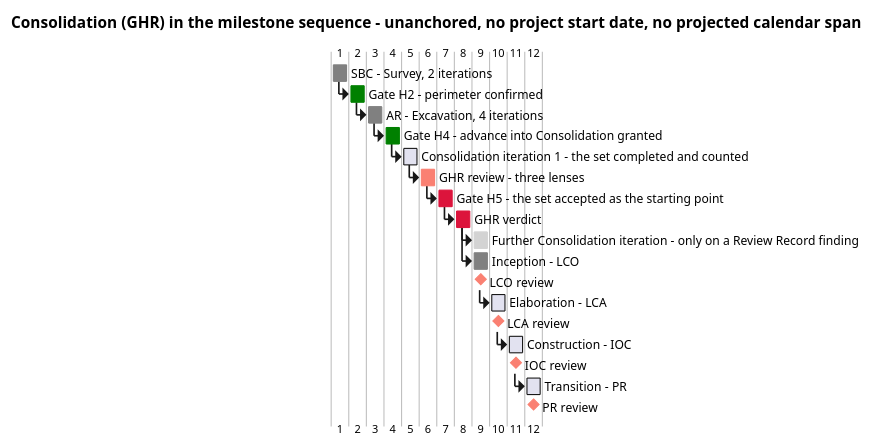
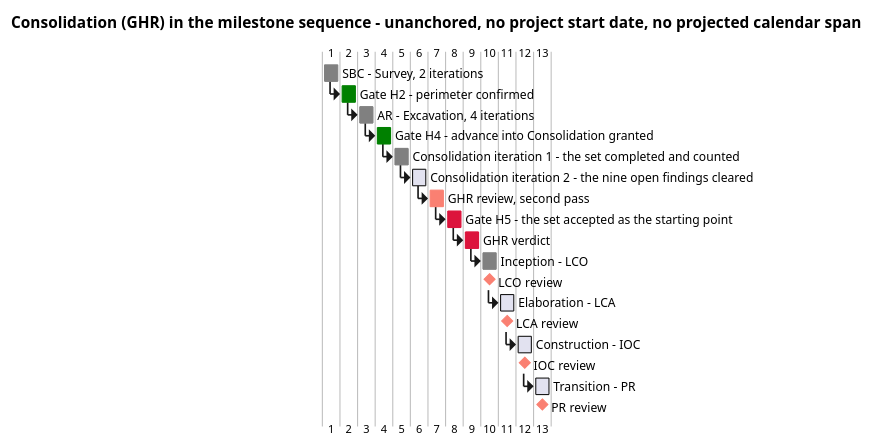
One commit to banense-test/TodoApp changed the second of 6 diagrams in docs/artifacts/project-management/iteration-plan.md. Above: the diagram before and after it, drawn with PlantUML. The commit also changed other lines of this file, not shown here.

First line of the commit message:
Project Manager [Consolidation2]: upsert Iteration Plan

````diff
--- a/docs/artifacts/project-management/iteration-plan.md
+++ b/docs/artifacts/project-management/iteration-plan.md
@@ -65,48 +65,48 @@
 ```plantuml
 @startgantt
 title Consolidation (GHR) in the milestone sequence - unanchored, no project start date, no projected calendar span
 
 [SBC - Survey, 2 iterations] lasts 1 day
 [SBC - Survey, 2 iterations] is colored in Gray
 [Gate H2 - perimeter confirmed] lasts 1 day
 [Gate H2 - perimeter confirmed] starts at [SBC - Survey, 2 iterations]'s end
 [Gate H2 - perimeter confirmed] is colored in Green
 [AR - Excavation, 4 iterations] lasts 1 day
 [AR - Excavation, 4 iterations] starts at [Gate H2 - perimeter confirmed]'s end
 [AR - Excavation, 4 iterations] is colored in Gray
 [Gate H4 - advance into Consolidation granted] lasts 1 day
 [Gate H4 - advance into Consolidation granted] starts at [AR - Excavation, 4 iterations]'s end
 [Gate H4 - advance into Consolidation granted] is colored in Green
 [Consolidation iteration 1 - the set completed and counted] lasts 1 day
 [Consolidation iteration 1 - the set completed and counted] starts at [Gate H4 - advance into Consolidation granted]'s end
-[GHR review - three lenses] lasts 1 day
-[GHR review - three lenses] starts at [Consolidation iteration 1 - the set completed and counted]'s end
-[GHR review - three lenses] is colored in Salmon
+[Consolidation iteration 1 - the set completed and counted] is colored in Gray
+[Consolidation iteration 2 - the nine open findings cleared] lasts 1 day
+[Consolidation iteration 2 - the nine open findings cleared] starts at [Consolidation iteration 1 - the set completed and counted]'s end
+[GHR review, second pass] lasts 1 day
+[GHR review, second pass] starts at [Consolidation iteration 2 - the nine open findings cleared]'s end
+[GHR review, second pass] is colored in Salmon
 [Gate H5 - the set accepted as the starting point] lasts 1 day
-[Gate H5 - the set accepted as the starting point] starts at [GHR review - three lenses]'s end
+[Gate H5 - the set accepted as the starting point] starts at [GHR review, second pass]'s end
 [Gate H5 - the set accepted as the starting point] is colored in Crimson
 [GHR verdict] lasts 1 day
 [GHR verdict] starts at [Gate H5 - the set accepted as the starting point]'s end
 [GHR verdict] is colored in Crimson
-[Further Consolidation iteration - only on a Review Record finding] lasts 1 day
-[Further Consolidation iteration - only on a Review Record finding] starts at [GHR verdict]'s end
-[Further Consolidation iteration - only on a Review Record finding] is colored in LightGray
 [Inception - LCO] lasts 1 day
 [Inception - LCO] starts at [GHR verdict]'s end
 [Inception - LCO] is colored in Gray
 [LCO review] happens at [Inception - LCO]'s end
 [LCO review] is colored in Salmon
 [Elaboration - LCA] lasts 1 day
 [Elaboration - LCA] starts at [LCO review]'s end
 [LCA review] happens at [Elaboration - LCA]'s end
 [LCA review] is colored in Salmon
 [Construction - IOC] lasts 1 day
 [Construction - IOC] starts at [LCA review]'s end
 [IOC review] happens at [Construction - IOC]'s end
 [IOC review] is colored in Salmon
 [Transition - PR] lasts 1 day
 [Transition - PR] starts at [IOC review]'s end
 [PR review] happens at [Transition - PR]'s end
 [PR review] is colored in Salmon
 @endgantt
 ```
````
